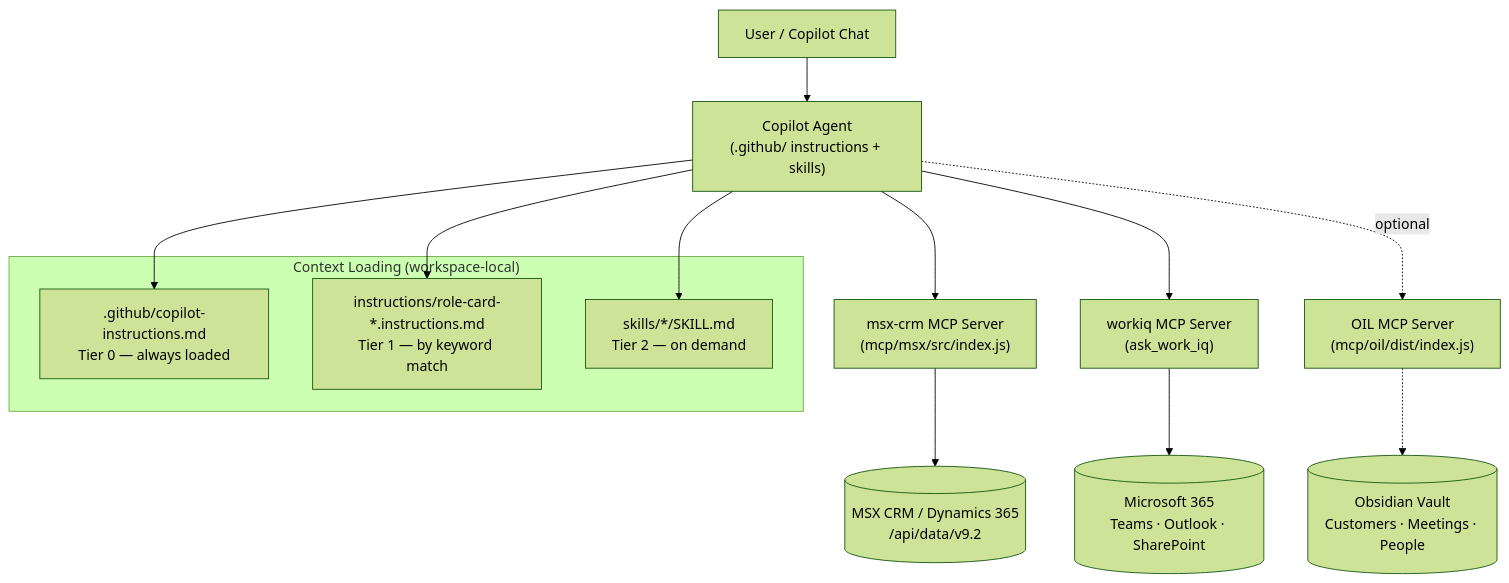
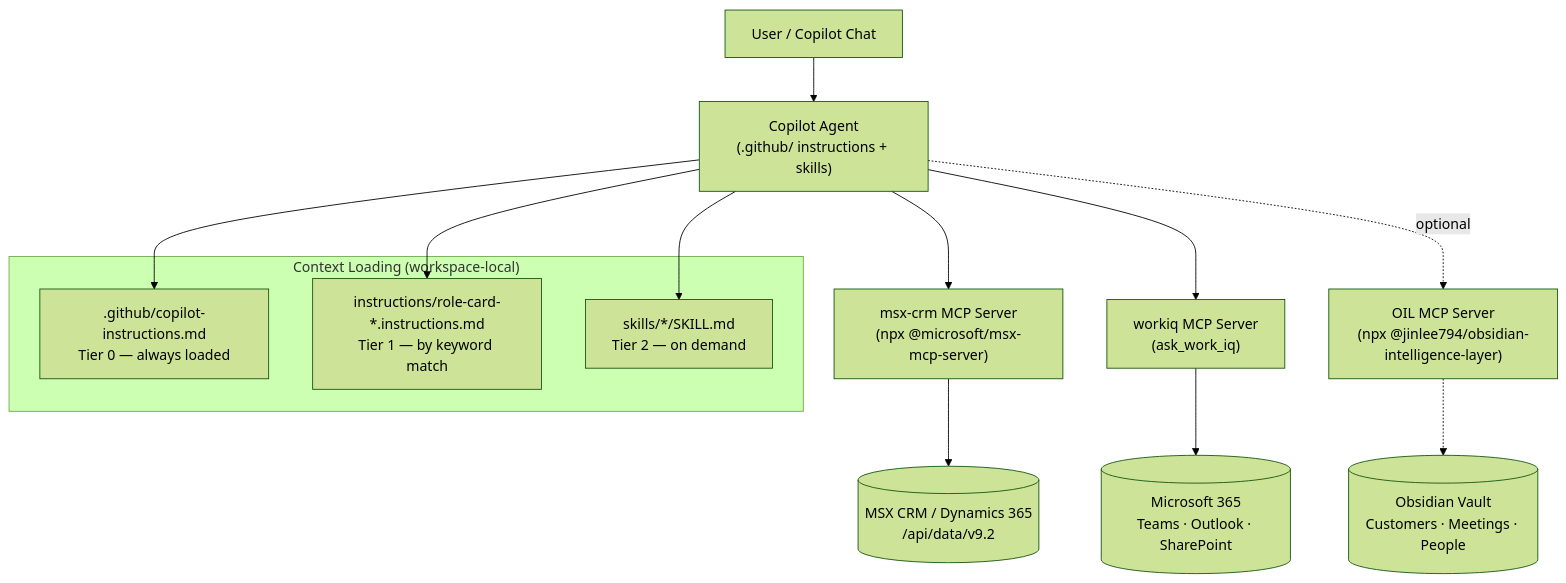
Before and after one commit to mjhoffmeister/MCAPS-IQ: the first of 5 diagrams in docs/architecture-msx-mcp.md, drawn with Mermaid (forest theme). The commit also changed other lines of this file and 12 other files, not shown here.

Commit message:
docs: clean up runtime setup for npx-based MCP servers

````diff
--- a/docs/architecture-msx-mcp.md
+++ b/docs/architecture-msx-mcp.md
@@ -30,22 +30,22 @@
 ```mermaid
 flowchart TB
   U["User / Copilot Chat"] --> Agent["Copilot Agent\n(.github/ instructions + skills)"]
 
-  Agent --> MSX["msx-crm MCP Server\n(mcp/msx/src/index.js)"]
+  Agent --> MSX["msx-crm MCP Server\n(npx @microsoft/msx-mcp-server)"]
   Agent --> WIQ["workiq MCP Server\n(ask_work_iq)"]
-  Agent -.->|optional| OIL["OIL MCP Server\n(mcp/oil/dist/index.js)"]
+  Agent -.->|optional| OIL["OIL MCP Server\n(npx @jinlee794/obsidian-intelligence-layer)"]
 
   MSX --> CRM[("MSX CRM / Dynamics 365\n/api/data/v9.2")]
   WIQ --> M365[("Microsoft 365\nTeams · Outlook · SharePoint")]
   OIL -.-> Vault[("Obsidian Vault\nCustomers · Meetings · People")]
 
   subgraph "Context Loading (workspace-local)"
     CI[".github/copilot-instructions.md\nTier 0 — always loaded"]
     RC["instructions/role-card-*.instructions.md\nTier 1 — by keyword match"]
     SK["skills/*/SKILL.md\nTier 2 — on demand"]
   end
 
   Agent --> CI
   Agent --> RC
   Agent --> SK
 ```
````
